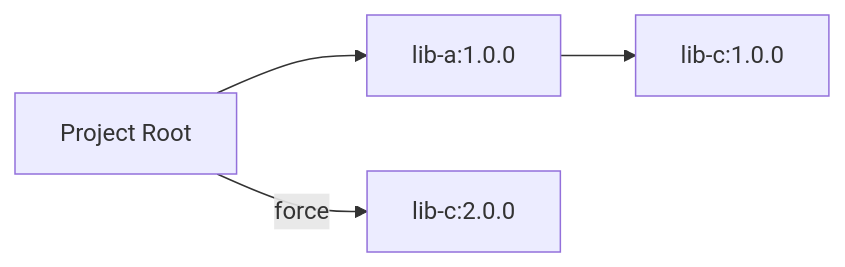
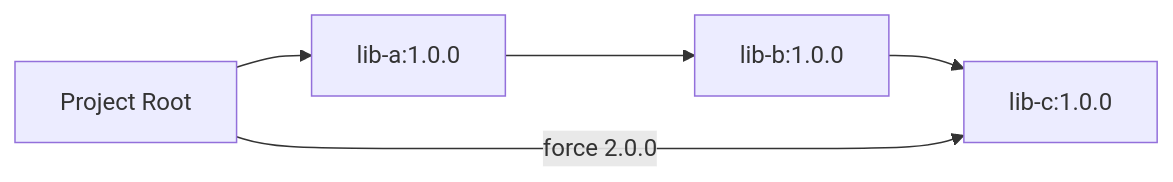
Before and after one commit to JavaDependencyHell/fieldguide: the diagram in demos/gradle-demo/scenario-6-forcing/guide.qmd, drawn with Mermaid. The commit also changed other lines of this file and 208 other files, not shown here.

````diff
--- a/demos/gradle-demo/scenario-6-forcing/guide.qmd
+++ b/demos/gradle-demo/scenario-6-forcing/guide.qmd
@@ -19,7 +21,8 @@
 ```{mermaid}
 %%| fig-width: 4.4
 graph LR
     Root[Project Root] --> LibA[lib-a:1.0.0]
-    LibA --> LibC[lib-c:1.0.0]
-    Root -- force --> LibC_Forced[lib-c:2.0.0]
+    LibA --> LibB[lib-b:1.0.0]
+    LibB --> LibC[lib-c:1.0.0]
+    Root -- force 2.0.0 --> LibC
 ```
````
